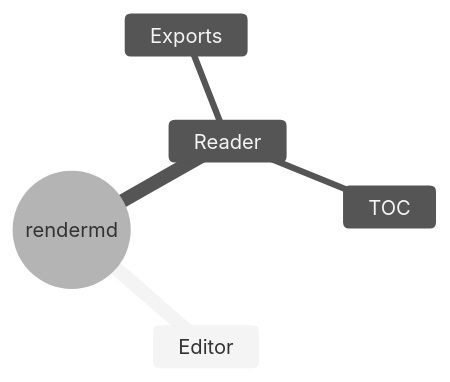
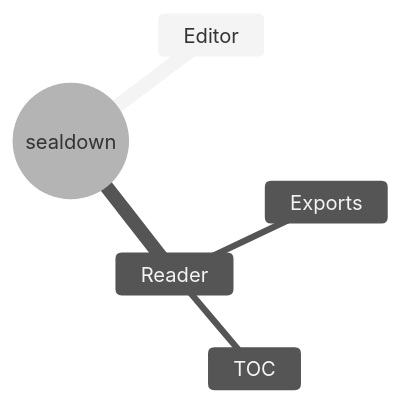
Diagram 13 of 33 in src/templates/diagrams.md (TrainedLoop/sealdown), drawn with Mermaid (neutral theme) before and after one commit. The commit also changed other lines of this file and 40 other files, not shown here.

First line of the commit message:
refactor: rename rendermd to Sealdown in code, tests and docs

````diff
--- a/src/templates/diagrams.md
+++ b/src/templates/diagrams.md
@@ -136,8 +136,8 @@
 ```mermaid
 mindmap
-  root((rendermd))
+  root((sealdown))
     Editor
     Reader
       TOC
       Exports
 ```
````
